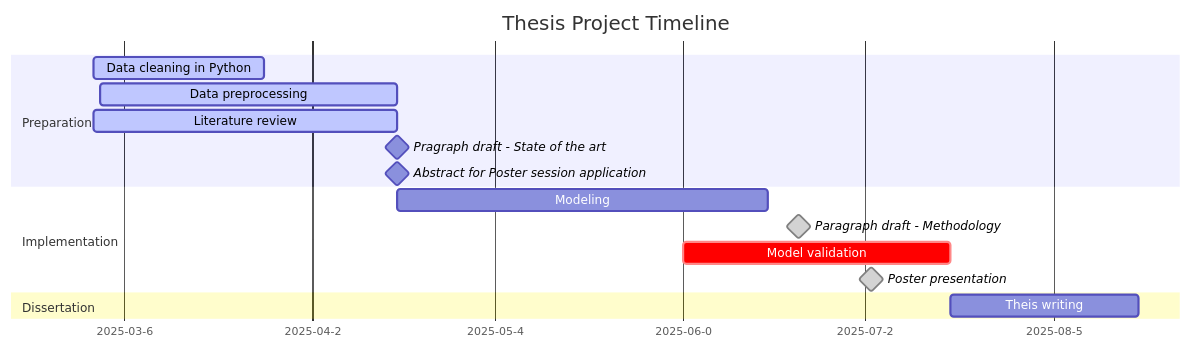
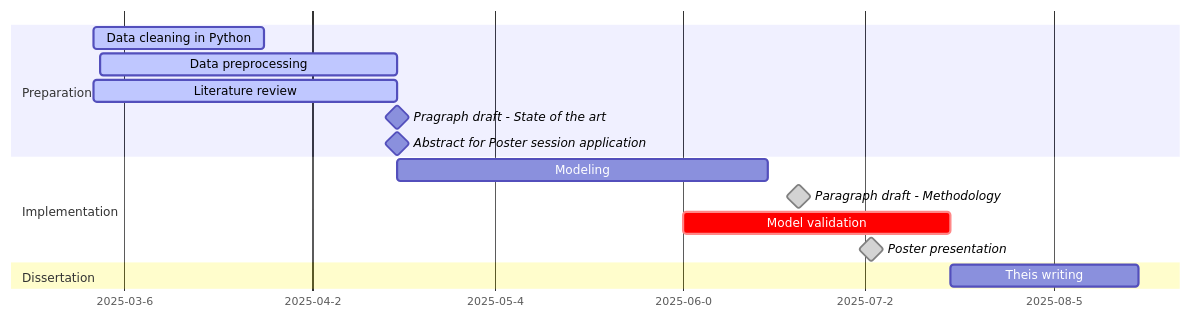
Before and after one commit to Yokopa/hospital-stay-discharge-prediction: the diagram in README.md, drawn with Mermaid. The commit also changed other lines of this file, not shown here.

````diff
--- a/README.md
+++ b/README.md
@@ -6,24 +7,23 @@
 ```mermaid
 gantt
     dateFormat  YYYY-MM-DD
-    title       Thesis Project Timeline
     axisFormat %Y-%m-%w
 
     section Preparation
     Data cleaning in Python    :active, screv, 2025-02-24, 2025-03-24
     Data preprocessing         :active, screv, 2025-02-25, 2025-04-15
     Literature review          :active, screv, 2025-02-24, 2025-04-15
 
     Pragraph draft - State of the art             :milestone, 2025-04-15, 0d
     Abstract for Poster session application              :milestone, 2025-04-15, 0d
 
     section Implementation
     Modeling            :screv, 2025-04-15, 2025-06-15
     Paragraph draft - Methodology              :milestone, done, 2025-06-20, 0d
     Model validation    :crit,screv, 2025-06-01, 2025-07-15
 
     Poster presentation :milestone, done, 2025-07-02, 0d
 
     section Dissertation
     Theis writing :screv, 2025-07-15, 2025-08-15
 ```
````
